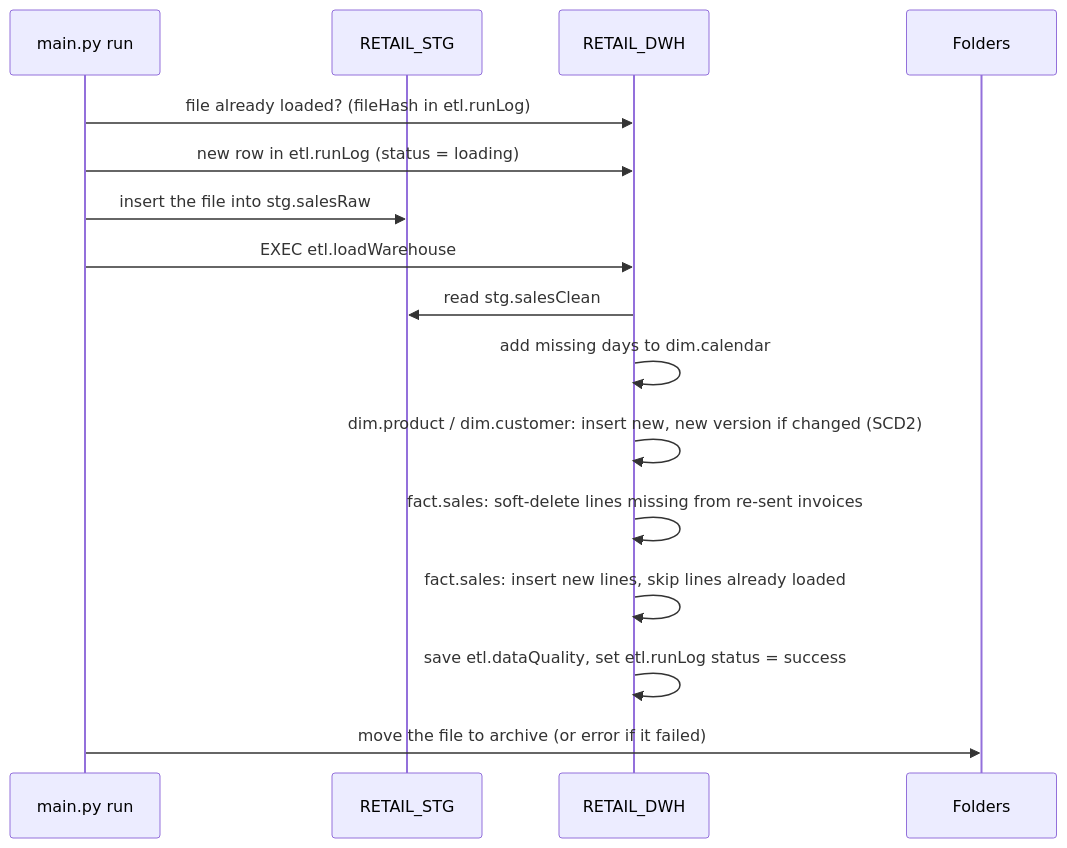
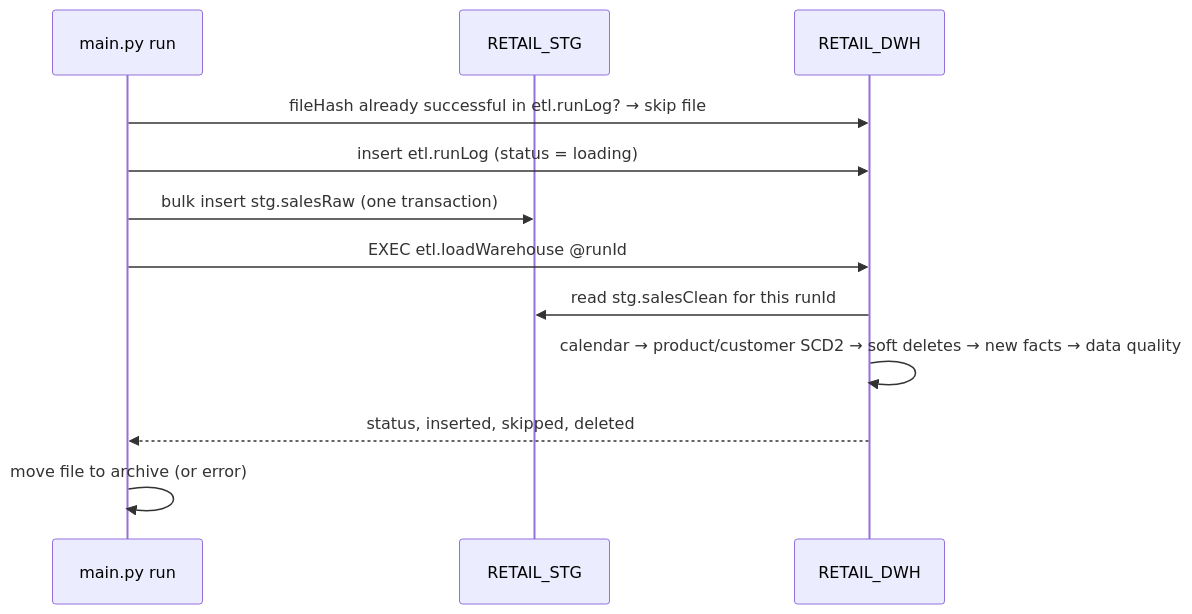
One commit to KetroSithole/RetailCo-ketro-sithole-2026 changed the second of 3 diagrams in readme.md. Above: the diagram before and after it, drawn with Mermaid. The commit also changed other lines of this file and 1 other file, not shown here.

````diff
--- a/readme.md
+++ b/readme.md
@@ -54,19 +84,14 @@
 ```mermaid
 sequenceDiagram
-    participant Python as main.py run
+    participant Py as main.py run
     participant STG as RETAIL_STG
     participant DWH as RETAIL_DWH
-    participant Folders as Folders
-
-    Python->>DWH: file already loaded? (fileHash in etl.runLog)
-    Python->>DWH: new row in etl.runLog (status = loading)
-    Python->>STG: insert the file into stg.salesRaw
-    Python->>DWH: EXEC etl.loadWarehouse
-    DWH->>STG: read stg.salesClean
-    DWH->>DWH: add missing days to dim.calendar
-    DWH->>DWH: dim.product / dim.customer: insert new, new version if changed (SCD2)
-    DWH->>DWH: fact.sales: soft-delete lines missing from re-sent invoices
-    DWH->>DWH: fact.sales: insert new lines, skip lines already loaded
-    DWH->>DWH: save etl.dataQuality, set etl.runLog status = success
-    Python->>Folders: move the file to archive (or error if it failed)
+    Py->>DWH: fileHash already successful in etl.runLog? → skip file
+    Py->>DWH: insert etl.runLog (status = loading)
+    Py->>STG: bulk insert stg.salesRaw (one transaction)
+    Py->>DWH: EXEC etl.loadWarehouse @runId
+    DWH->>STG: read stg.salesClean for this runId
+    DWH->>DWH: calendar → product/customer SCD2 → soft deletes → new facts → data quality
+    DWH-->>Py: status, inserted, skipped, deleted
+    Py->>Py: move file to archive (or error)
 ```
````
